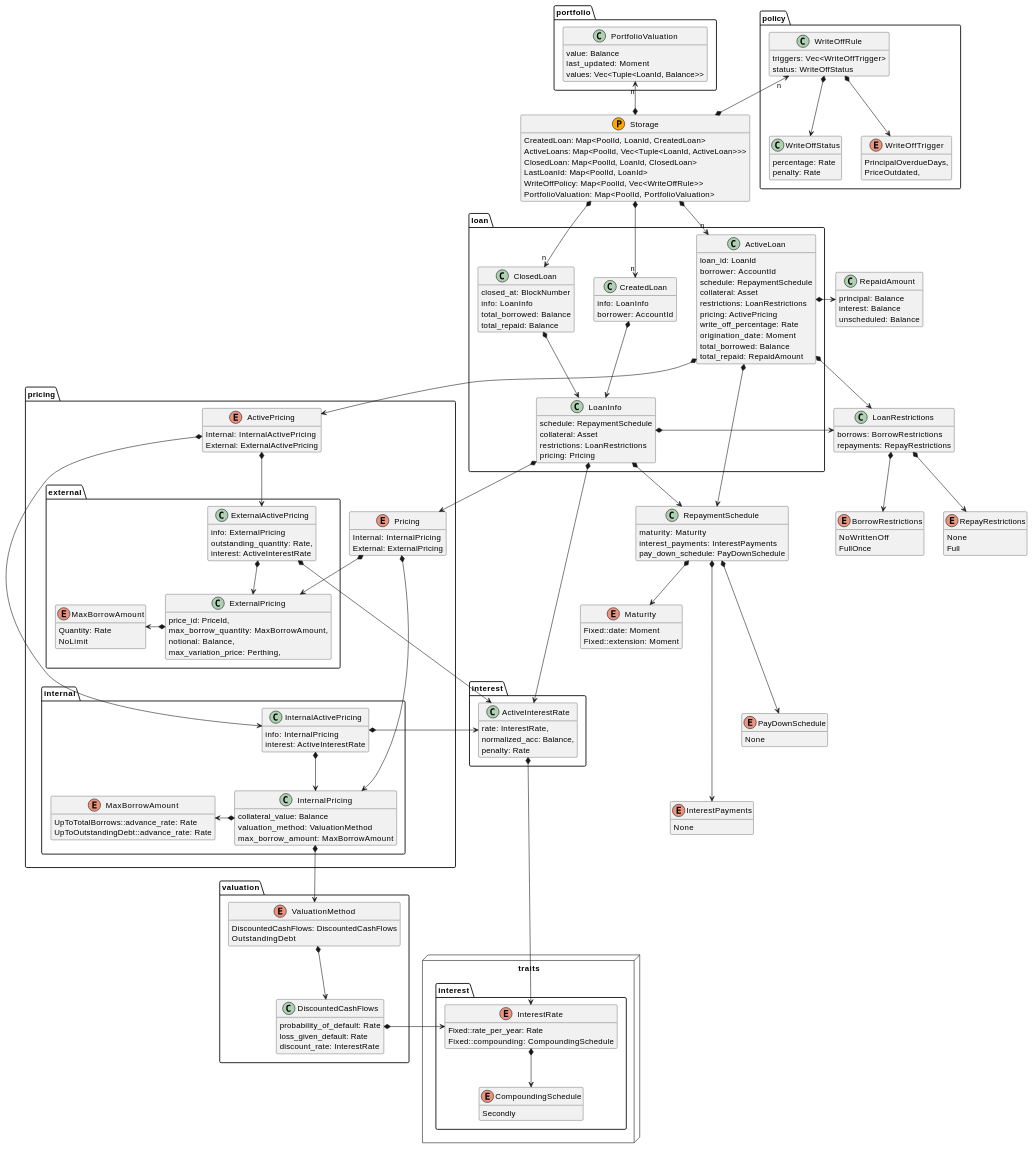
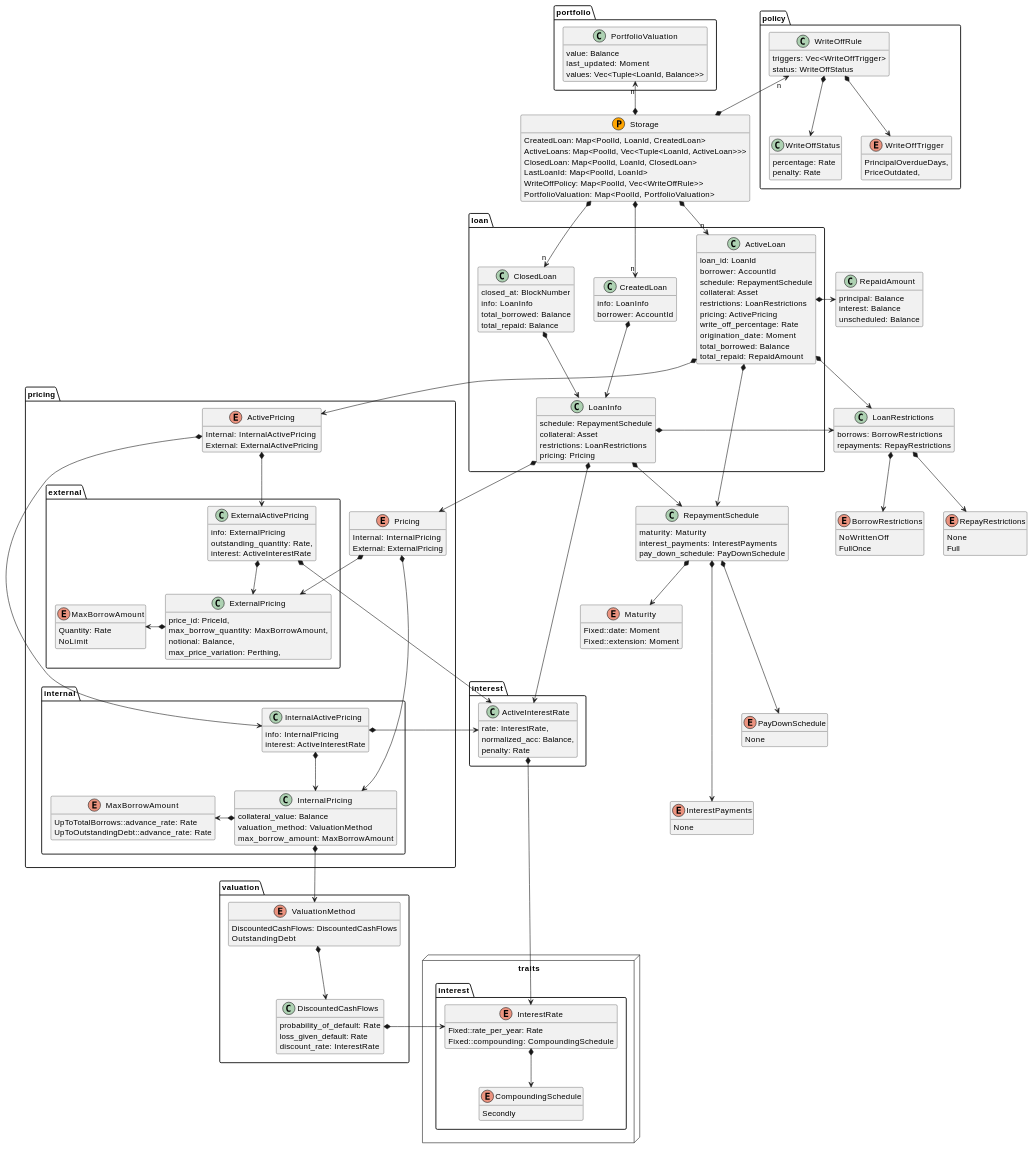
One commit to centrifuge/centrifuge-chain changed the diagram in pallets/loans/docs/types.md. Above: the diagram before and after it, drawn with PlantUML. The commit also changed 5 other files, not shown here.

```diff
--- a/pallets/loans/docs/types.md
+++ b/pallets/loans/docs/types.md
@@ -156,7 +156,7 @@
             price_id: PriceId,
             max_borrow_quantity: MaxBorrowAmount,
             notional: Balance,
-            max_variation_price: Perthing,
+            max_price_variation: Perthing,
         }
 
         ExternalPricing *-l-> MaxBorrowAmount
```
